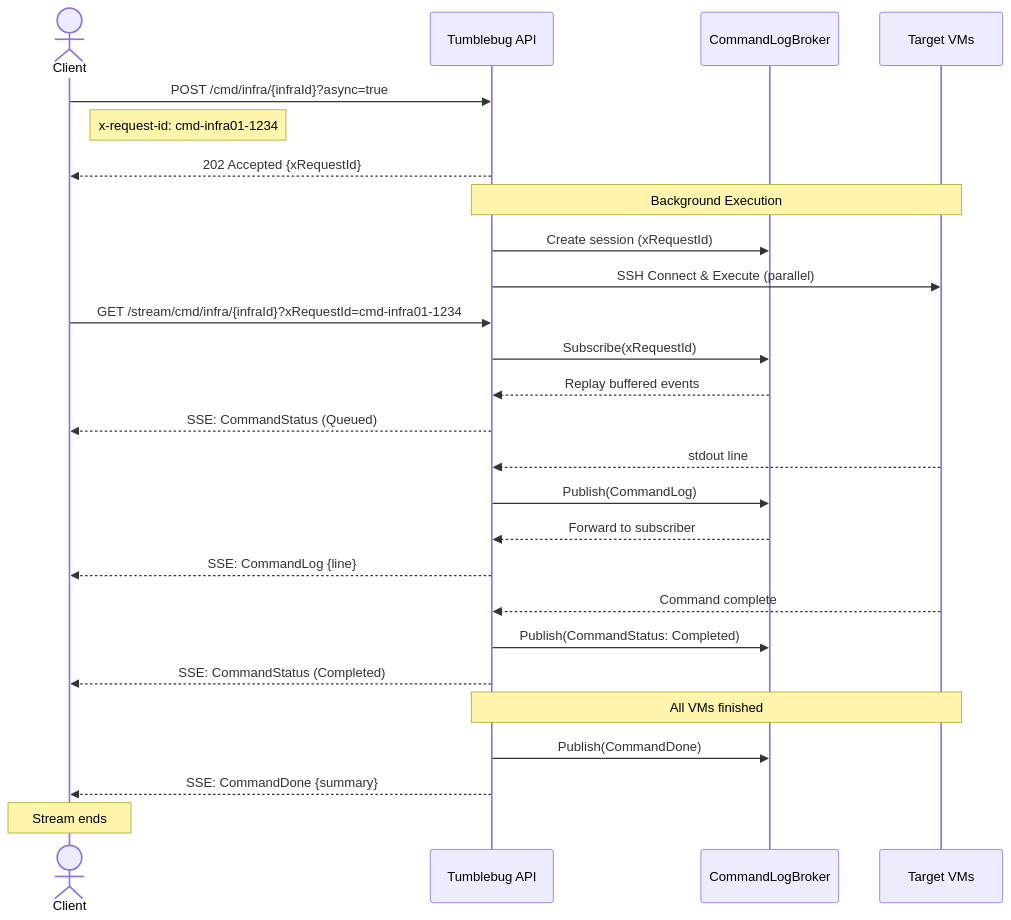
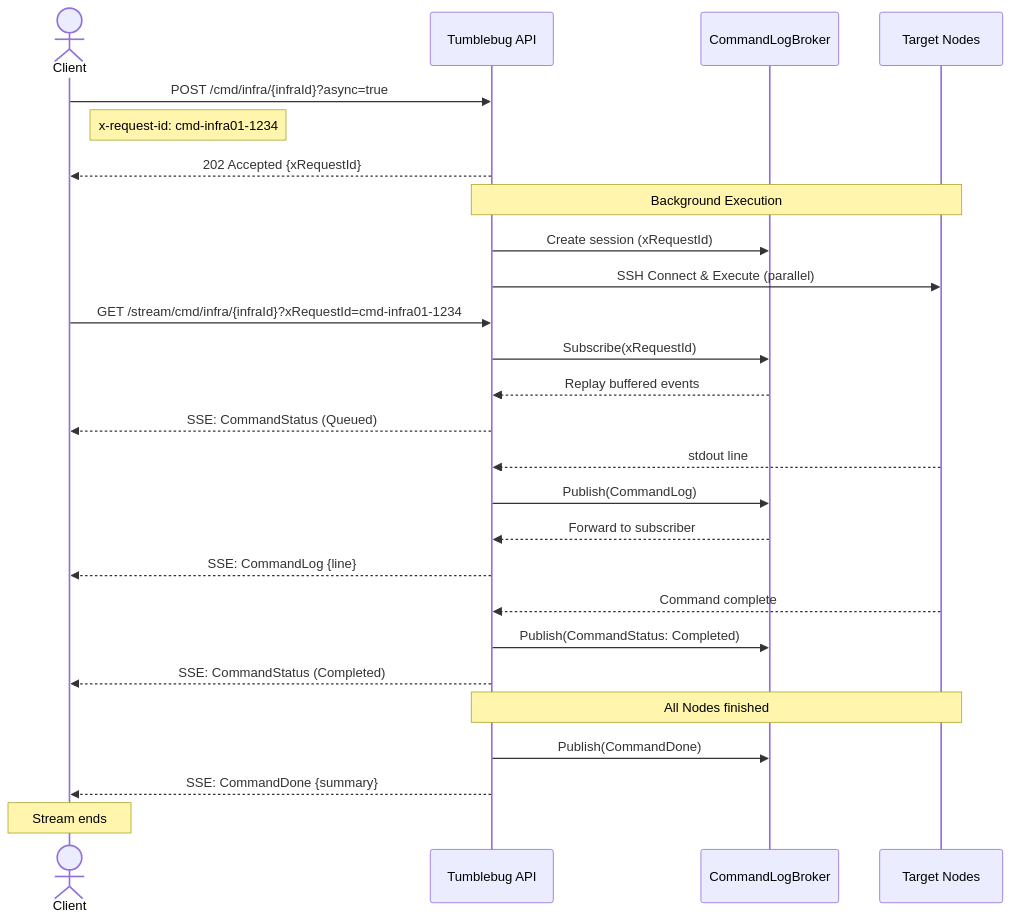
Before and after one commit to cloud-barista/cb-tumblebug: the fifth of 8 diagrams in docs/feature_guide/remote-command-and-file-transfer.md, drawn with Mermaid. The commit also changed other lines of this file and 81 other files, not shown here.

````diff
--- a/docs/feature_guide/remote-command-and-file-transfer.md
+++ b/docs/feature_guide/remote-command-and-file-transfer.md
@@ -233,34 +233,34 @@
 ```mermaid
 sequenceDiagram
     actor Client
     participant API as Tumblebug API
     participant Broker as CommandLogBroker
-    participant VMs as Target VMs
+    participant Nodes as Target Nodes
     
     Client->>API: POST /cmd/infra/{infraId}?async=true
     Note right of Client: x-request-id: cmd-infra01-1234
     API-->>Client: 202 Accepted {xRequestId}
     
-    Note over API,VMs: Background Execution
+    Note over API,Nodes: Background Execution
     API->>Broker: Create session (xRequestId)
-    API->>VMs: SSH Connect & Execute (parallel)
+    API->>Nodes: SSH Connect & Execute (parallel)
     
     Client->>API: GET /stream/cmd/infra/{infraId}?xRequestId=cmd-infra01-1234
     API->>Broker: Subscribe(xRequestId)
     Broker-->>API: Replay buffered events
     API-->>Client: SSE: CommandStatus (Queued)
     
-    VMs-->>API: stdout line
+    Nodes-->>API: stdout line
     API->>Broker: Publish(CommandLog)
     Broker-->>API: Forward to subscriber
     API-->>Client: SSE: CommandLog {line}
     
-    VMs-->>API: Command complete
+    Nodes-->>API: Command complete
     API->>Broker: Publish(CommandStatus: Completed)
     API-->>Client: SSE: CommandStatus (Completed)
     
-    Note over API,VMs: All VMs finished
+    Note over API,Nodes: All Nodes finished
     API->>Broker: Publish(CommandDone)
     API-->>Client: SSE: CommandDone {summary}
     Note over Client: Stream ends
 ```
````
